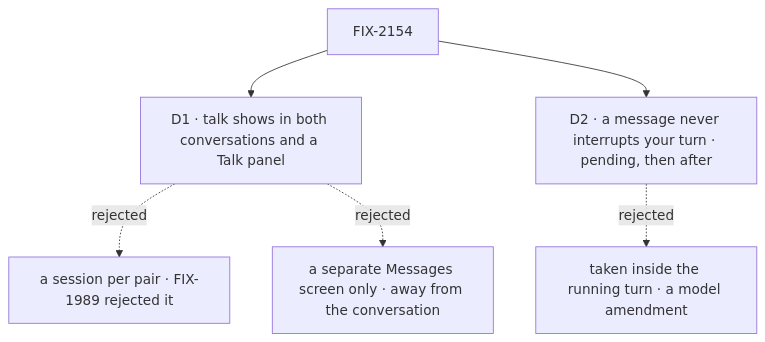
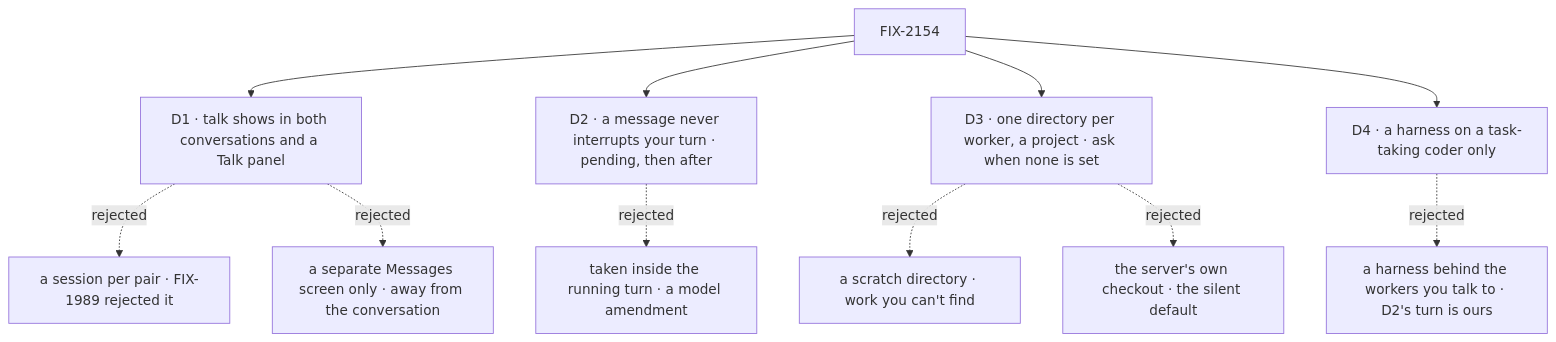
The diagram in specs/issues/FIX-2154/DECISIONS.md (fixpoint-labs/flow-state-dev), drawn with Mermaid before and after one commit. The commit also changed other lines of this file and 4 other files, not shown here.

First line of the commit message:
FIX-2154: amend the spec with a directory per worker and a harness on delegated workers

````diff
--- a/specs/issues/FIX-2154/DECISIONS.md
+++ b/specs/issues/FIX-2154/DECISIONS.md
@@ -12,8 +13,13 @@
 ```mermaid
 flowchart TD
   I["FIX-2154"] --> D1["D1 · talk shows in both conversations and a Talk panel"]
   D1 -.->|"rejected"| X1["a session per pair · FIX-1989 rejected it"]
   D1 -.->|"rejected"| X2["a separate Messages screen only · away from the conversation"]
   I --> D2["D2 · a message never interrupts your turn · pending, then after"]
   D2 -.->|"rejected"| X3["taken inside the running turn · a model amendment"]
+  I --> D3["D3 · one directory per worker, a project · ask when none is set"]
+  D3 -.->|"rejected"| X4["a scratch directory · work you can't find"]
+  D3 -.->|"rejected"| X5["the server's own checkout · the silent default"]
+  I --> D4["D4 · a harness on a task-taking coder only"]
+  D4 -.->|"rejected"| X6["a harness behind the workers you talk to · D2's turn is ours"]
 ```
````
